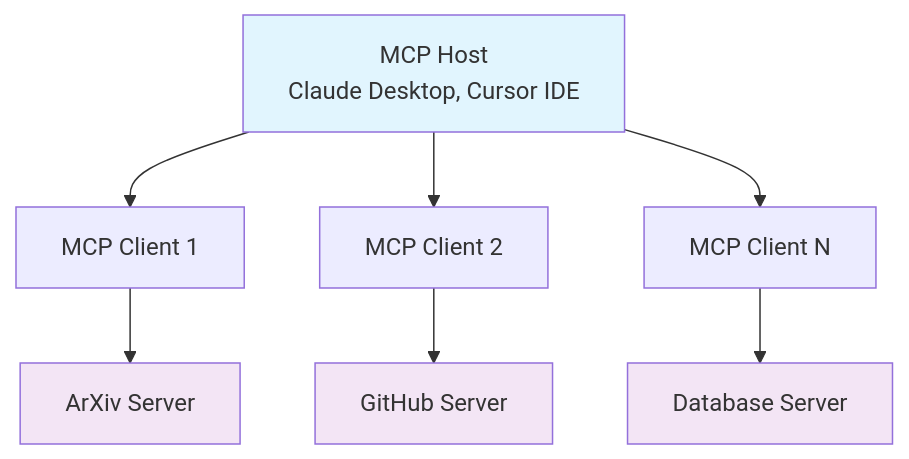
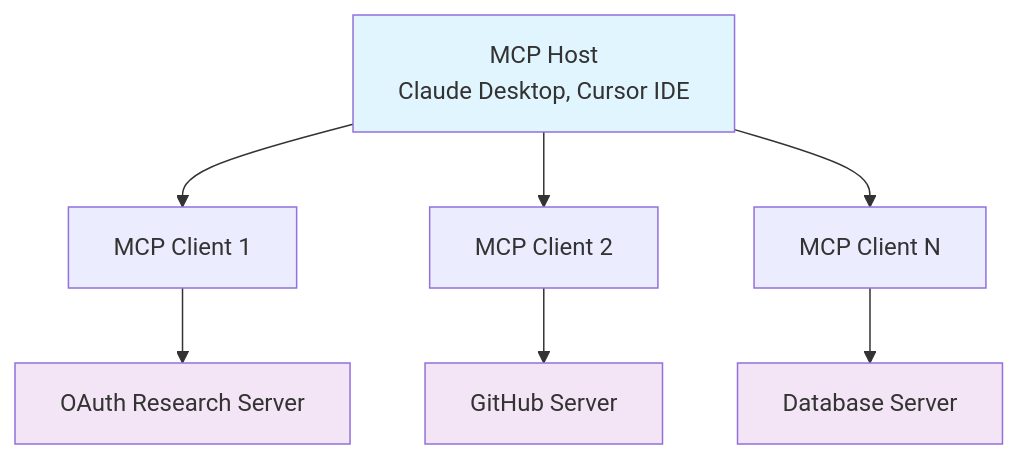
The second of 4 diagrams in index.qmd (skylarbpayne/mcp-101), drawn with Mermaid before and after one commit. The commit also changed other lines of this file and 4 other files, not shown here.

````diff
--- a/index.qmd
+++ b/index.qmd
@@ -74,14 +74,14 @@
 ```{mermaid}
 graph TD
     A[MCP Host<br/>Claude Desktop, Cursor IDE] --> B[MCP Client 1]
     A --> C[MCP Client 2]
     A --> D[MCP Client N]
-    B --> E[ArXiv Server]
+    B --> E[OAuth Research Server]
     C --> F[GitHub Server]
     D --> G[Database Server]
     
     style A fill:#e1f5fe
     style E fill:#f3e5f5
     style F fill:#f3e5f5
     style G fill:#f3e5f5
 ```
````
